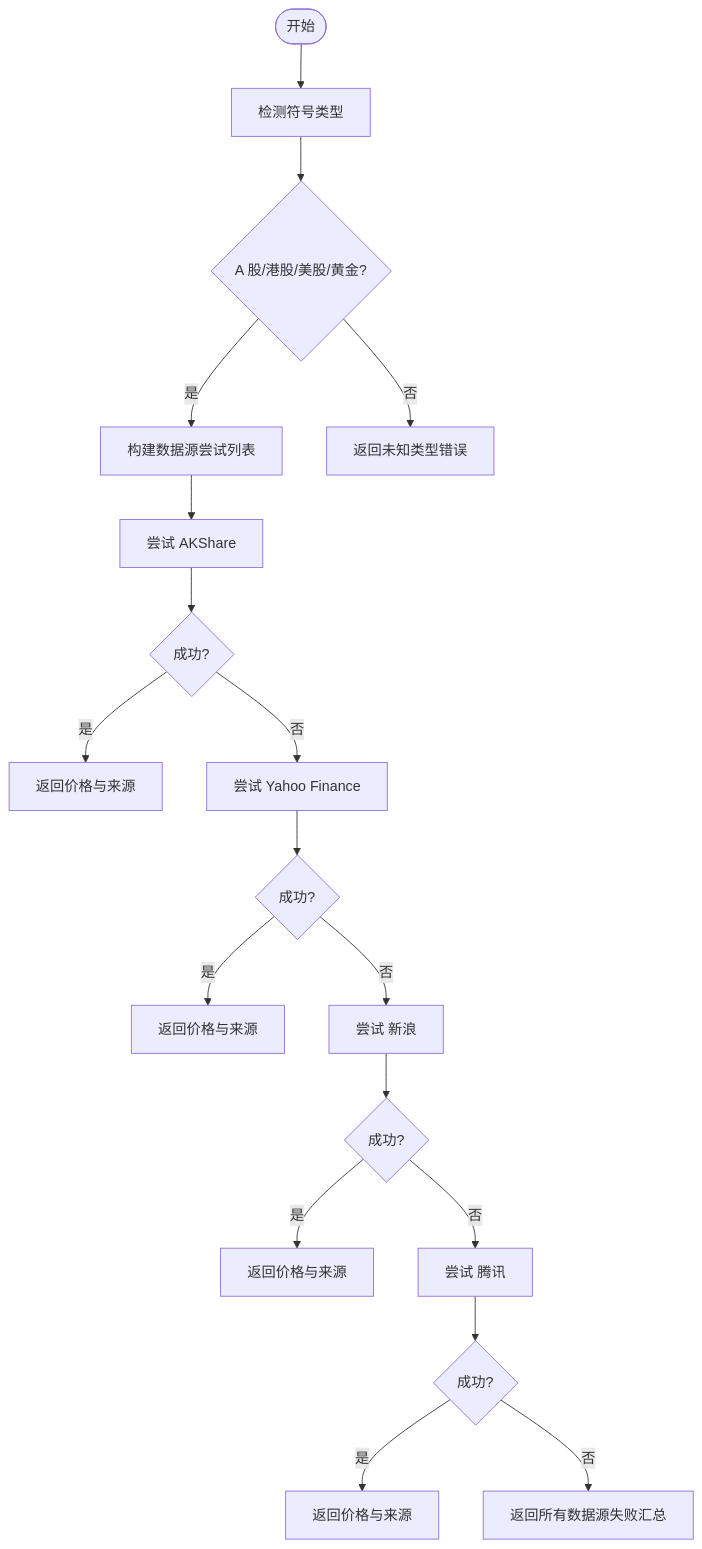
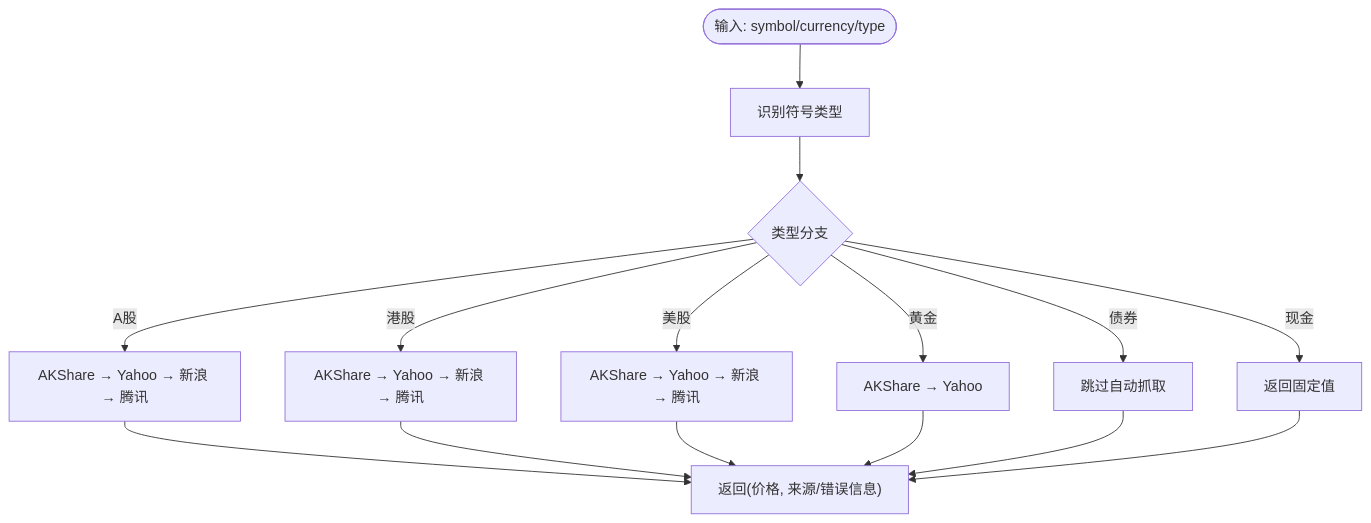
One commit to macrohuang/invest-log changed the sixth of 8 diagrams in .qoder/repowiki/zh/content/部署与运维/部署与运维.md. Above: the diagram before and after it, drawn with Mermaid. The commit also changed other lines of this file and 121 other files, not shown here.

````diff
--- a/.qoder/repowiki/zh/content/部署与运维/部署与运维.md
+++ b/.qoder/repowiki/zh/content/部署与运维/部署与运维.md
@@ -221,20 +206,18 @@
 ```mermaid
 flowchart TD
-Start(["开始"]) --> Detect["检测符号类型"]
-Detect --> TypeA{"A 股/港股/美股/黄金?"}
-TypeA --> |是| BuildList["构建数据源尝试列表"]
-TypeA --> |否| ErrUnknown["返回未知类型错误"]
-BuildList --> Try1["尝试 AKShare"]
-Try1 --> Ok1{"成功?"}
-Ok1 --> |是| Return1["返回价格与来源"]
-Ok1 --> |否| Try2["尝试 Yahoo Finance"]
-Try2 --> Ok2{"成功?"}
-Ok2 --> |是| Return2["返回价格与来源"]
-Ok2 --> |否| Try3["尝试 新浪"]
-Try3 --> Ok3{"成功?"}
-Ok3 --> |是| Return3["返回价格与来源"]
-Ok3 --> |否| Try4["尝试 腾讯"]
-Try4 --> Ok4{"成功?"}
-Ok4 --> |是| Return4["返回价格与来源"]
-Ok4 --> |否| Fail["返回所有数据源失败汇总"]
+S(["输入: symbol/currency/type"]) --> Detect["识别符号类型"]
+Detect --> Route{"类型分支"}
+Route --> |A股| A["AKShare → Yahoo → 新浪 → 腾讯"]
+Route --> |港股| HK["AKShare → Yahoo → 新浪 → 腾讯"]
+Route --> |美股| US["AKShare → Yahoo → 新浪 → 腾讯"]
+Route --> |黄金| GLD["AKShare → Yahoo"]
+Route --> |债券| BND["跳过自动抓取"]
+Route --> |现金| CASH["返回固定值"]
+A --> Ret
+HK --> Ret
+US --> Ret
+GLD --> Ret
+BND --> Ret
+CASH --> Ret
+Ret["返回(价格, 来源/错误信息)"]
 ```
````
